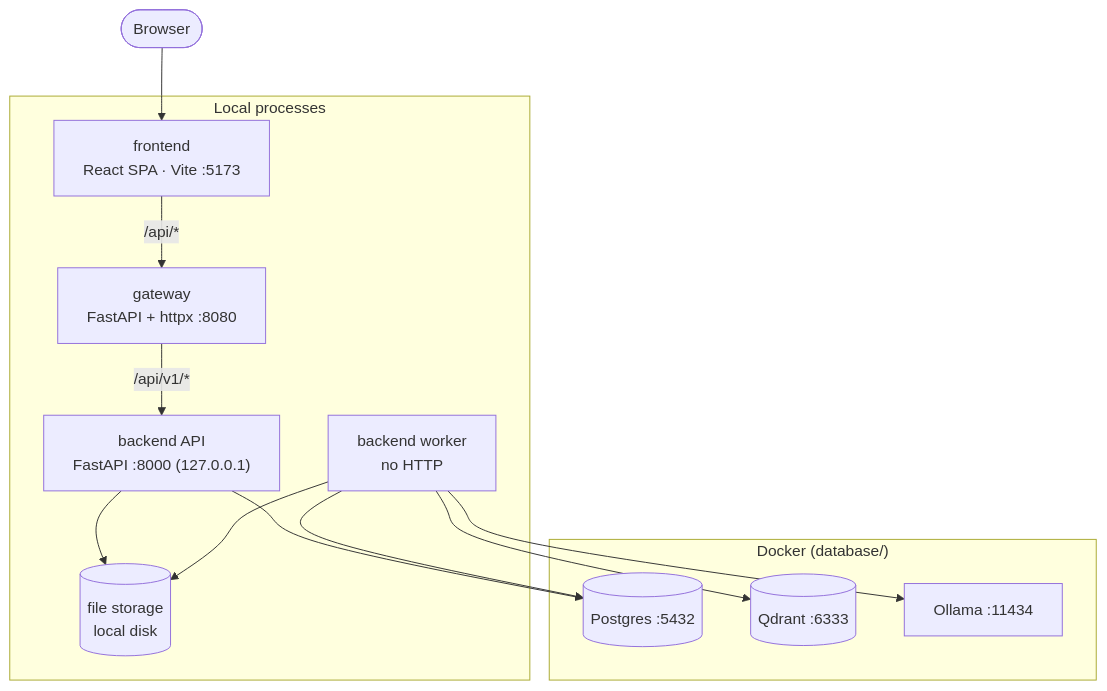
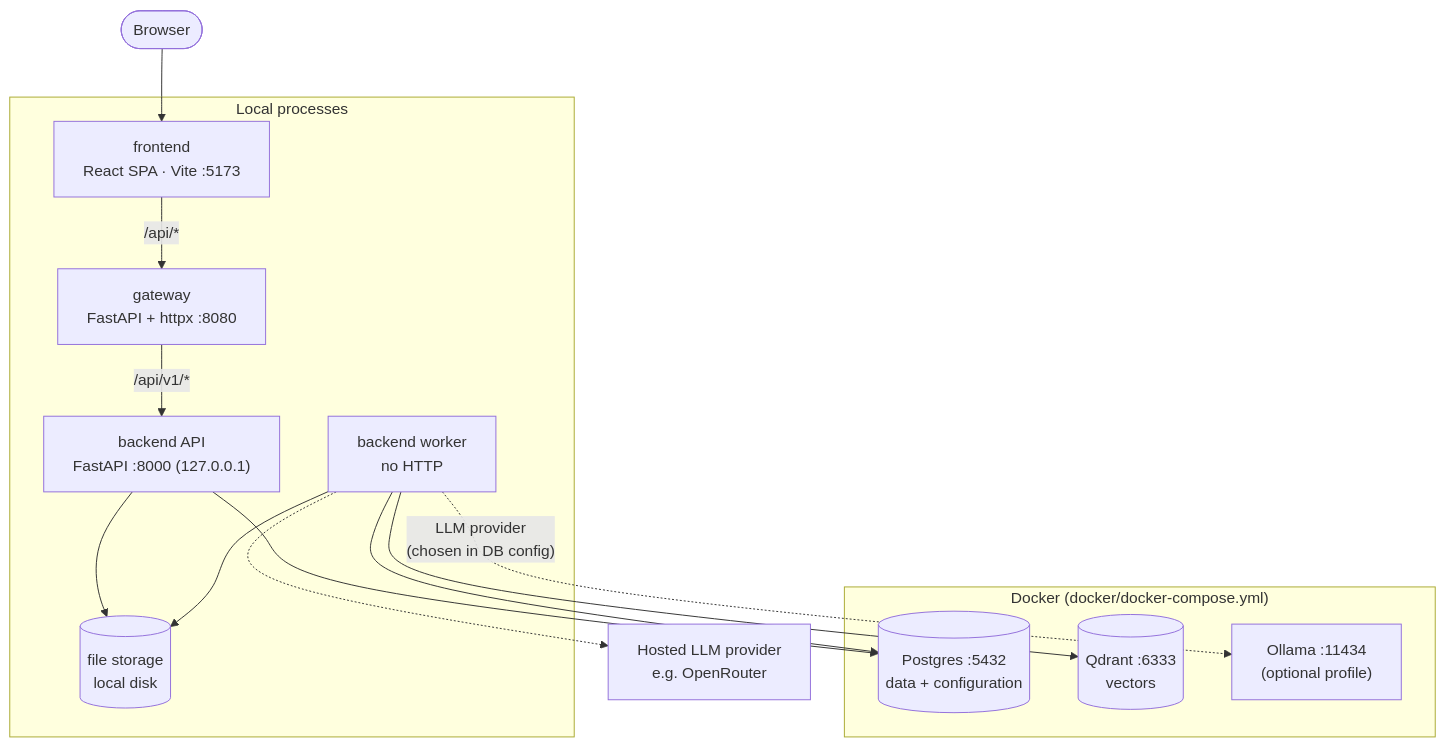
The first of 3 diagrams in docs/architecture.md (ramchandra-kc/ContractExtraction), drawn with Mermaid before and after one commit. The commit also changed other lines of this file and 9 other files, not shown here.

First line of the commit message:
Phase 1: docker services and database schema

````diff
--- a/docs/architecture.md
+++ b/docs/architecture.md
@@ -19,28 +19,31 @@
 ```mermaid
 flowchart TB
     browser([Browser])
 
     subgraph local["Local processes"]
         fe["frontend<br/>React SPA · Vite :5173"]
         gw["gateway<br/>FastAPI + httpx :8080"]
         api["backend API<br/>FastAPI :8000 (127.0.0.1)"]
         wk["backend worker<br/>no HTTP"]
         fs[("file storage<br/>local disk")]
     end
 
-    subgraph docker["Docker (database/)"]
-        pg[("Postgres :5432")]
-        qd[("Qdrant :6333")]
-        ol["Ollama :11434"]
+    subgraph docker["Docker (docker/docker-compose.yml)"]
+        pg[("Postgres :5432<br/>data + configuration")]
+        qd[("Qdrant :6333<br/>vectors")]
+        ol["Ollama :11434<br/>(optional profile)"]
     end
+
+    or["Hosted LLM provider<br/>e.g. OpenRouter"]
 
     browser --> fe
     fe -- "/api/*" --> gw
     gw -- "/api/v1/*" --> api
     api --> pg
     api --> fs
     wk --> pg
     wk --> fs
     wk --> qd
-    wk --> ol
+    wk -. "LLM provider<br/>(chosen in DB config)" .-> ol
+    wk -.-> or
 ```
````
